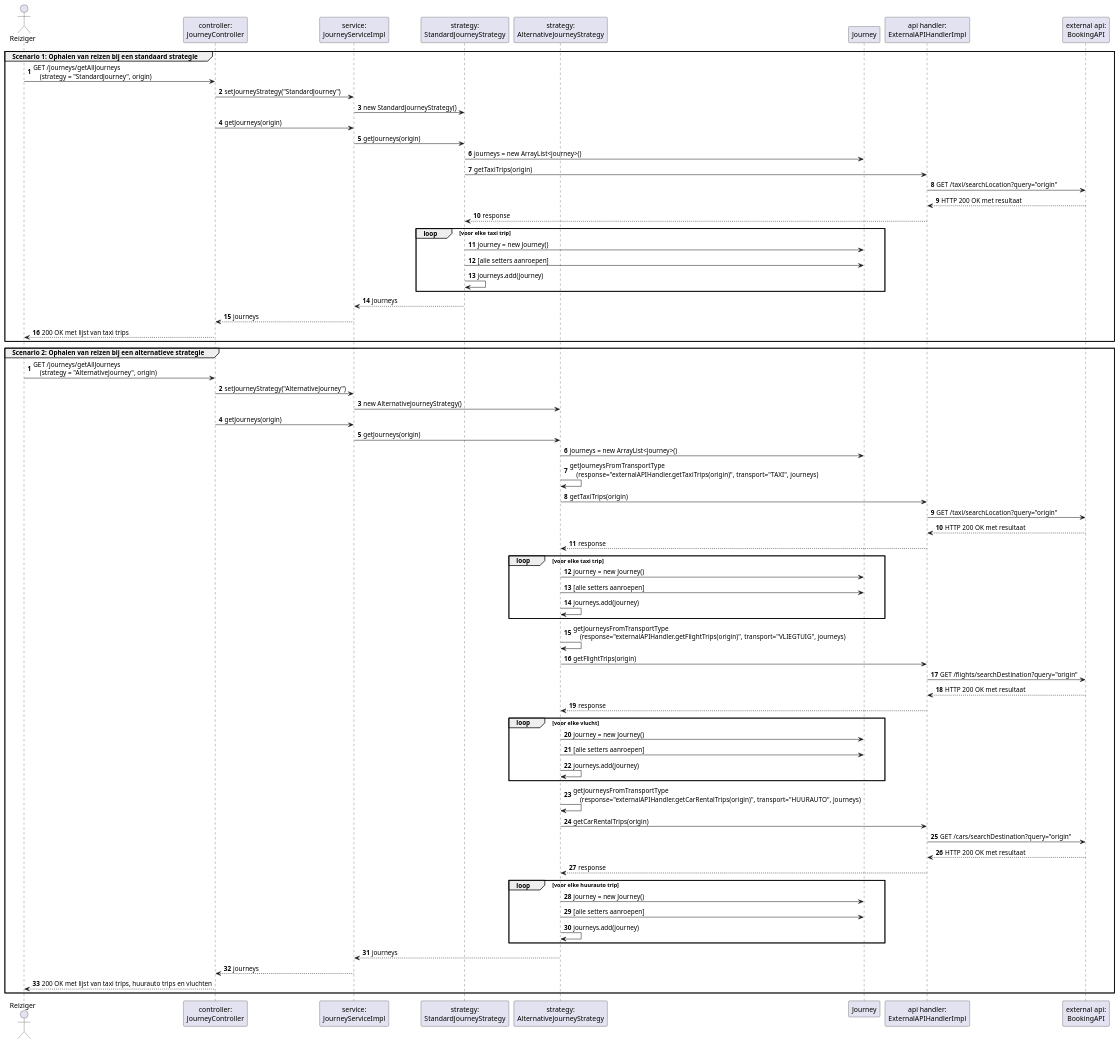
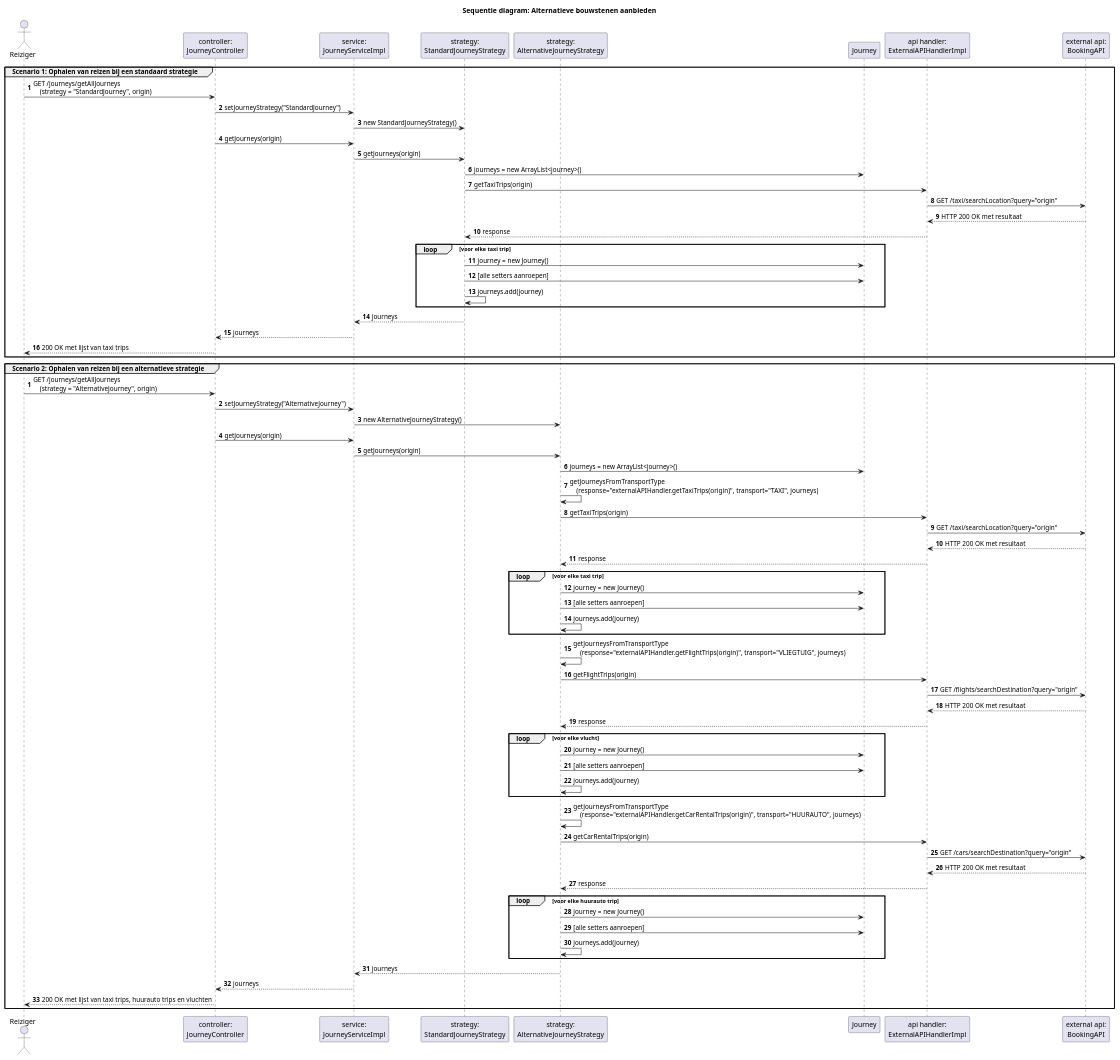
One commit to AIM-ENE-feb25/triptop-groep-4-jochem-roald-stijn-a changed the diagram in software-guidebook/sgb-bestanden/ontwerpvragen/Modularity - sequence diagram.puml. Above: the diagram before and after it, drawn with PlantUML. The commit also changed 6 other files, not shown here.

Commit message:
POJO toegevoegd aan diagrammen

```diff
--- a/software-guidebook/sgb-bestanden/ontwerpvragen/Modularity - sequence diagram.puml
+++ b/software-guidebook/sgb-bestanden/ontwerpvragen/Modularity - sequence diagram.puml
@@ -1,99 +1,100 @@
 @startuml
+title Sequentie diagram: Alternatieve bouwstenen aanbieden
 
 actor Reiziger
 
 autonumber
 
 participant controller as "controller:\nJourneyController"
 participant service as "service:\nJourneyServiceImpl"
 participant stanstrategy as "strategy:\nStandardJourneyStrategy"
 participant altstrategy as "strategy:\nAlternativeJourneyStrategy"
 participant journey as "Journey"
 participant api as "api handler:\nExternalAPIHandlerImpl"
 participant booking as "external api:\nBookingAPI"
 
 group Scenario 1: Ophalen van reizen bij een standaard strategie
 Reiziger -> controller: GET /journeys/getAllJourneys\n\
     (strategy = "StandardJourney", origin)
 
 'Selecteren van de strategie
 controller -> service: setJourneyStrategy("StandardJourney")
 service -> stanstrategy: new StandardJourneyStrategy()
 
 'Verkrijgen van de reizen
 controller -> service: getJourneys(origin)
 service -> stanstrategy: getJourneys(origin)
 
 stanstrategy -> journey: journeys = new ArrayList<journey>()
 stanstrategy -> api: getTaxiTrips(origin)
 api -> booking: GET /taxi/searchLocation?query="origin"
 booking --> api: HTTP 200 OK met resultaat
 api --> stanstrategy: response
 loop voor elke taxi trip
     stanstrategy -> journey: journey = new Journey()
     stanstrategy -> journey: [alle setters aanroepen]
     stanstrategy -> stanstrategy: journeys.add(journey)
 end
 
 stanstrategy --> service: journeys
 service --> controller: journeys
 controller --> Reiziger: 200 OK met lijst van taxi trips
 end
 
 autonumber
 
 group Scenario 2: Ophalen van reizen bij een alternatieve strategie
 Reiziger -> controller: GET /journeys/getAllJourneys\n\
     (strategy = "AlternativeJourney", origin)
 
 'Selecteren van de strategie
 controller -> service: setJourneyStrategy("AlternativeJourney")
 service -> altstrategy: new AlternativeJourneyStrategy()
 
 'Verkrijgen van de reizen
 controller -> service: getJourneys(origin)
 service -> altstrategy: getJourneys(origin)
 
 altstrategy -> journey: journeys = new ArrayList<journey>()
 altstrategy -> altstrategy: getJourneysFromTransportType\n\
     (response="externalAPIHandler.getTaxiTrips(origin)", transport="TAXI", journeys)
 altstrategy -> api: getTaxiTrips(origin)
 api -> booking: GET /taxi/searchLocation?query="origin"
 booking --> api: HTTP 200 OK met resultaat
 api --> altstrategy: response
 loop voor elke taxi trip
     altstrategy -> journey: journey = new Journey()
     altstrategy -> journey: [alle setters aanroepen]
     altstrategy -> altstrategy: journeys.add(journey)
 end
 
 altstrategy -> altstrategy: getJourneysFromTransportType\n\
     (response="externalAPIHandler.getFlightTrips(origin)", transport="VLIEGTUIG", journeys)
 altstrategy -> api: getFlightTrips(origin)
 api -> booking: GET /flights/searchDestination?query="origin"
 booking --> api: HTTP 200 OK met resultaat
 api --> altstrategy: response
 loop voor elke vlucht
     altstrategy -> journey: journey = new Journey()
     altstrategy -> journey: [alle setters aanroepen]
     altstrategy -> altstrategy: journeys.add(journey)
 end
 
 altstrategy -> altstrategy: getJourneysFromTransportType\n\
     (response="externalAPIHandler.getCarRentalTrips(origin)", transport="HUURAUTO", journeys)
 altstrategy -> api: getCarRentalTrips(origin)
 api -> booking: GET /cars/searchDestination?query="origin"
 booking --> api: HTTP 200 OK met resultaat
 api --> altstrategy: response
 loop voor elke huurauto trip
     altstrategy -> journey: journey = new Journey()
     altstrategy -> journey: [alle setters aanroepen]
     altstrategy -> altstrategy: journeys.add(journey)
 end
 
 altstrategy --> service: journeys
 service --> controller: journeys
 controller --> Reiziger: 200 OK met lijst van taxi trips, huurauto trips en vluchten
 end
 
 @enduml
```
